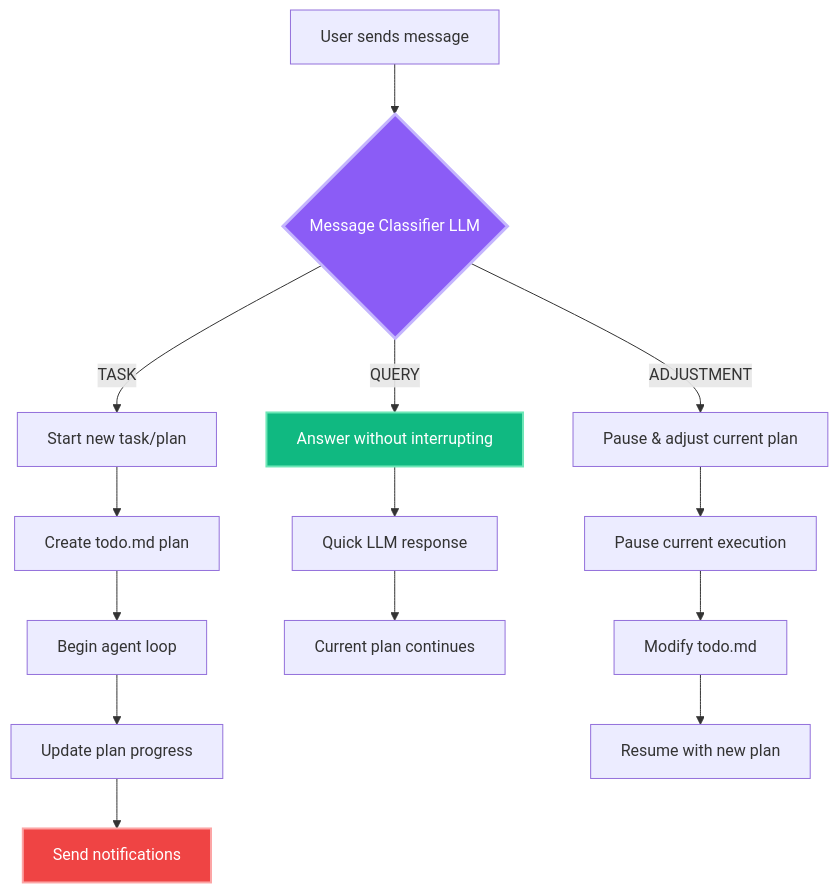
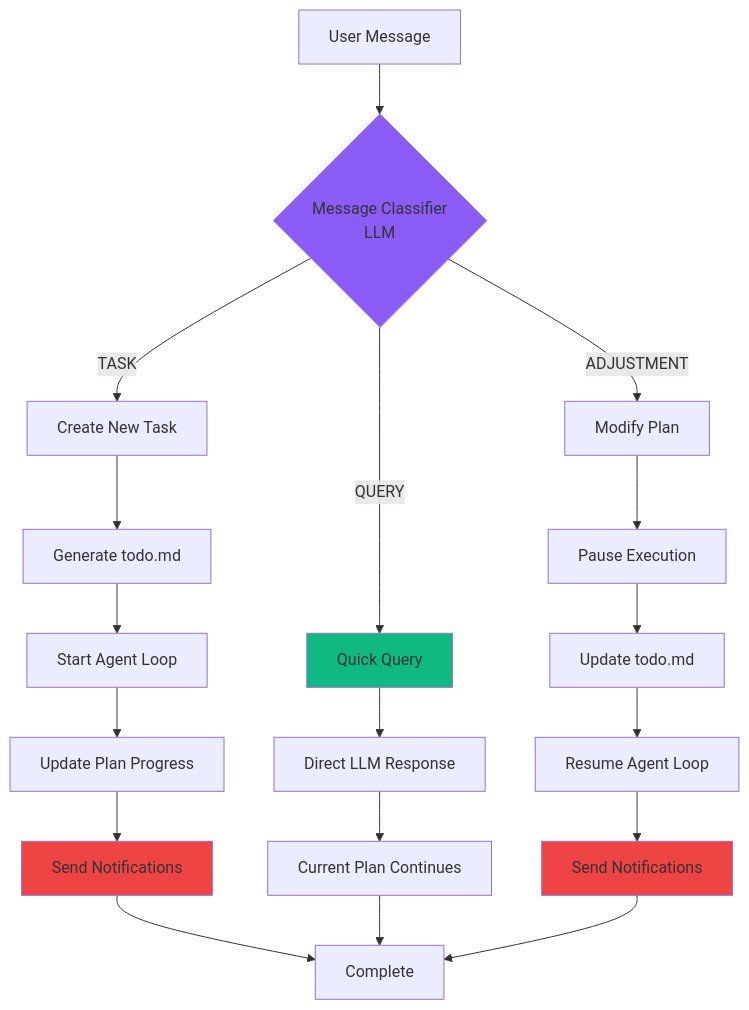
Before and after one commit to maheshyaddanapudi/MY-Manus: the third of 3 diagrams in docs/architecture/FRONTEND_ARCHITECTURE.md, drawn with Mermaid. The commit also changed other lines of this file and 6 other files, not shown here.

````diff
--- a/docs/architecture/FRONTEND_ARCHITECTURE.md
+++ b/docs/architecture/FRONTEND_ARCHITECTURE.md
@@ -289,27 +160,30 @@
 ```mermaid
 flowchart TD
-    UserInput[User sends message]
-    Classifier{Message Classifier LLM}
+    Start[User Message] --> Classifier{Message Classifier<br/>LLM}
 
-    UserInput --> Classifier
+    Classifier -->|TASK| NewTask[Create New Task]
+    Classifier -->|QUERY| QuickQuery[Quick Query]
+    Classifier -->|ADJUSTMENT| ModifyPlan[Modify Plan]
 
-    Classifier -->|TASK| NewTask[Start new task/plan]
-    Classifier -->|QUERY| ParallelQuery[Answer without interrupting]
-    Classifier -->|ADJUSTMENT| ModifyPlan[Pause & adjust current plan]
+    NewTask --> CreatePlan[Generate todo.md]
+    CreatePlan --> StartAgent[Start Agent Loop]
+    StartAgent --> UpdatePlan[Update Plan Progress]
+    UpdatePlan --> Notify1[Send Notifications]
 
-    NewTask --> CreatePlan[Create todo.md plan]
-    CreatePlan --> StartExecution[Begin agent loop]
-    StartExecution --> UpdatePlan[Update plan progress]
-    UpdatePlan --> NotifyUser[Send notifications]
+    QuickQuery --> DirectResponse[Direct LLM Response]
+    DirectResponse --> ContinueExec[Current Plan Continues]
 
-    ParallelQuery --> QuickResponse[Quick LLM response]
-    QuickResponse --> ContinueExecution[Current plan continues]
+    ModifyPlan --> PausePlan[Pause Execution]
+    PausePlan --> UpdateTodo[Update todo.md]
+    UpdateTodo --> ResumePlan[Resume Agent Loop]
+    ResumePlan --> Notify2[Send Notifications]
 
-    ModifyPlan --> PausePlan[Pause current execution]
-    PausePlan --> UpdateTodoMd[Modify todo.md]
-    UpdateTodoMd --> ResumePlan[Resume with new plan]
+    Notify1 --> End[Complete]
+    ContinueExec --> End
+    Notify2 --> End
 
-    style Classifier fill:#8b5cf6,stroke:#c4b5fd,stroke-width:3px,color:#fff
-    style ParallelQuery fill:#10b981,stroke:#6ee7b7,stroke-width:2px,color:#fff
-    style NotifyUser fill:#ef4444,stroke:#fca5a5,stroke-width:2px,color:#fff
+    style Classifier fill:#8b5cf6
+    style QuickQuery fill:#10b981
+    style Notify1 fill:#ef4444
+    style Notify2 fill:#ef4444
 ```
````
